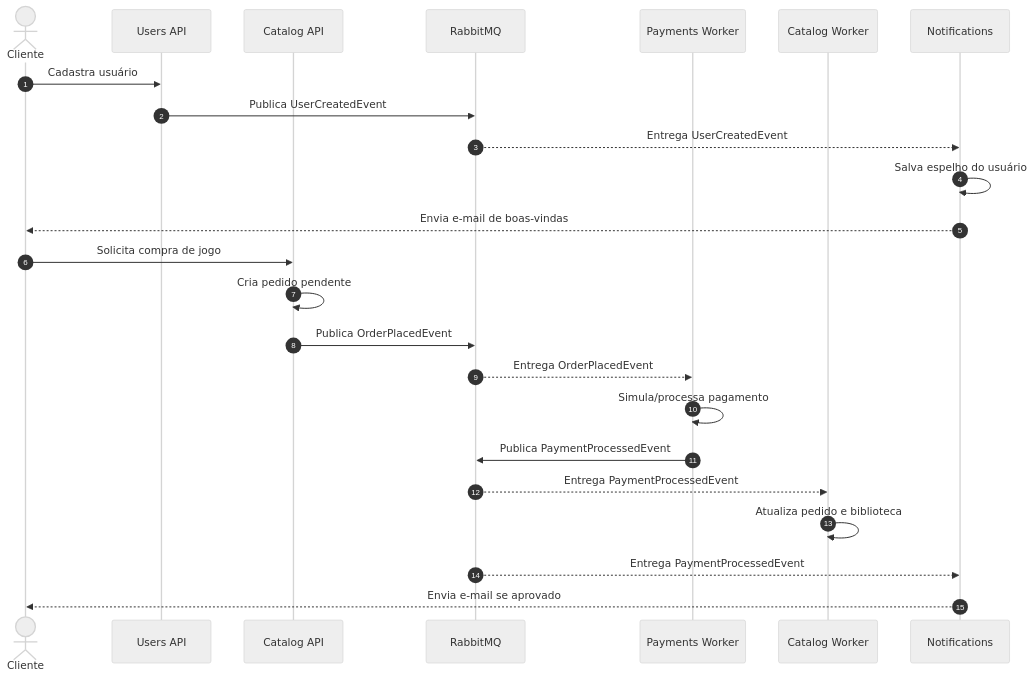
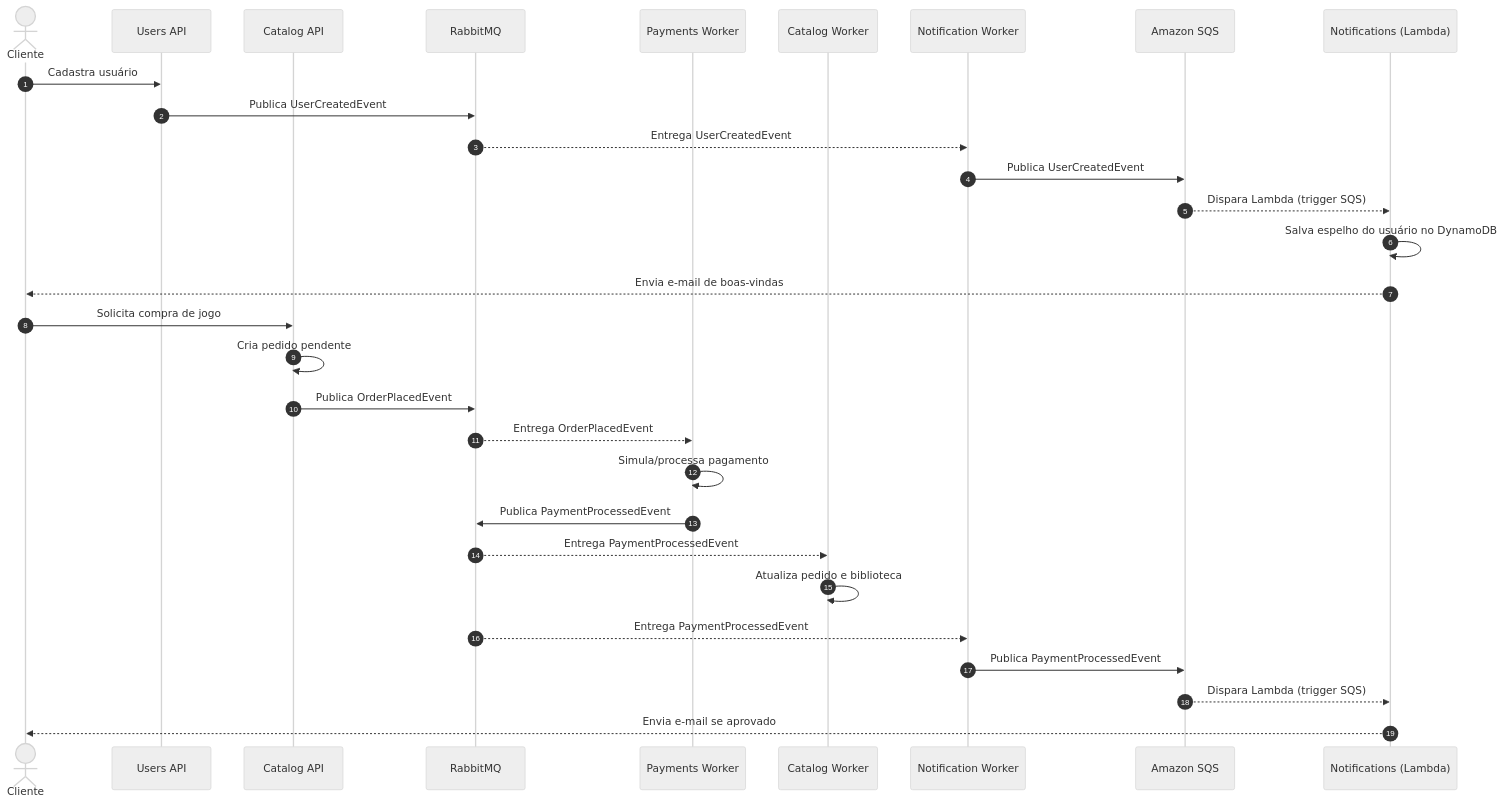
The second of 5 diagrams in docs/arquitetura-microservicos.md (IgorAnthonyy/FIAP-Cloud-Games), drawn with Mermaid (neutral theme) before and after one commit. The commit also changed other lines of this file, not shown here.

````diff
--- a/docs/arquitetura-microservicos.md
+++ b/docs/arquitetura-microservicos.md
@@ -117,28 +155,34 @@
 ```mermaid
 sequenceDiagram
     autonumber
     actor Cliente
     participant Users as Users API
     participant Catalog as Catalog API
     participant Rabbit as RabbitMQ
     participant Payments as Payments Worker
     participant CatalogWorker as Catalog Worker
-    participant Notifications as Notifications
+    participant Forwarder as Notification Worker
+    participant Sqs as Amazon SQS
+    participant Notifications as Notifications (Lambda)
 
     Cliente->>Users: Cadastra usuário
     Users->>Rabbit: Publica UserCreatedEvent
-    Rabbit-->>Notifications: Entrega UserCreatedEvent
-    Notifications->>Notifications: Salva espelho do usuário
+    Rabbit-->>Forwarder: Entrega UserCreatedEvent
+    Forwarder->>Sqs: Publica UserCreatedEvent
+    Sqs-->>Notifications: Dispara Lambda (trigger SQS)
+    Notifications->>Notifications: Salva espelho do usuário no DynamoDB
     Notifications-->>Cliente: Envia e-mail de boas-vindas
 
     Cliente->>Catalog: Solicita compra de jogo
     Catalog->>Catalog: Cria pedido pendente
     Catalog->>Rabbit: Publica OrderPlacedEvent
     Rabbit-->>Payments: Entrega OrderPlacedEvent
     Payments->>Payments: Simula/processa pagamento
     Payments->>Rabbit: Publica PaymentProcessedEvent
     Rabbit-->>CatalogWorker: Entrega PaymentProcessedEvent
     CatalogWorker->>CatalogWorker: Atualiza pedido e biblioteca
-    Rabbit-->>Notifications: Entrega PaymentProcessedEvent
+    Rabbit-->>Forwarder: Entrega PaymentProcessedEvent
+    Forwarder->>Sqs: Publica PaymentProcessedEvent
+    Sqs-->>Notifications: Dispara Lambda (trigger SQS)
     Notifications-->>Cliente: Envia e-mail se aprovado
 ```
````
